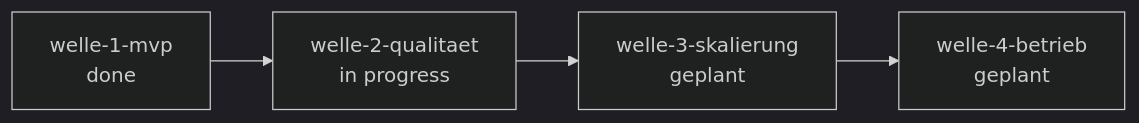
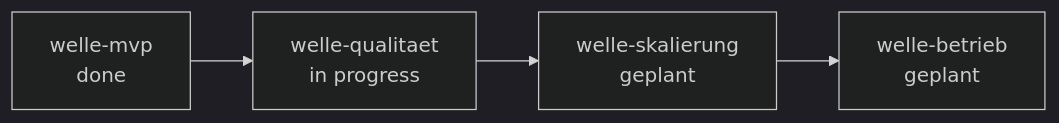
Before and after one commit to pt9912/ai-harness-course: the diagram in lab/example/docs/plan/planning/in-progress/roadmap.md, drawn with Mermaid (dark theme). The commit also changed other lines of this file and 160 other files, not shown here.

````diff
--- a/lab/example/docs/plan/planning/in-progress/roadmap.md
+++ b/lab/example/docs/plan/planning/in-progress/roadmap.md
@@ -35,11 +35,11 @@
 ```mermaid
 flowchart LR
-    W1[welle-1-mvp<br/>done]
-    W2[welle-2-qualitaet<br/>in progress]
-    W3[welle-3-skalierung<br/>geplant]
-    W4[welle-4-betrieb<br/>geplant]
+    W1[welle-mvp<br/>done]
+    W2[welle-qualitaet<br/>in progress]
+    W3[welle-skalierung<br/>geplant]
+    W4[welle-betrieb<br/>geplant]
 
     W1 --> W2
     W2 --> W3
     W3 --> W4
 ```
````
